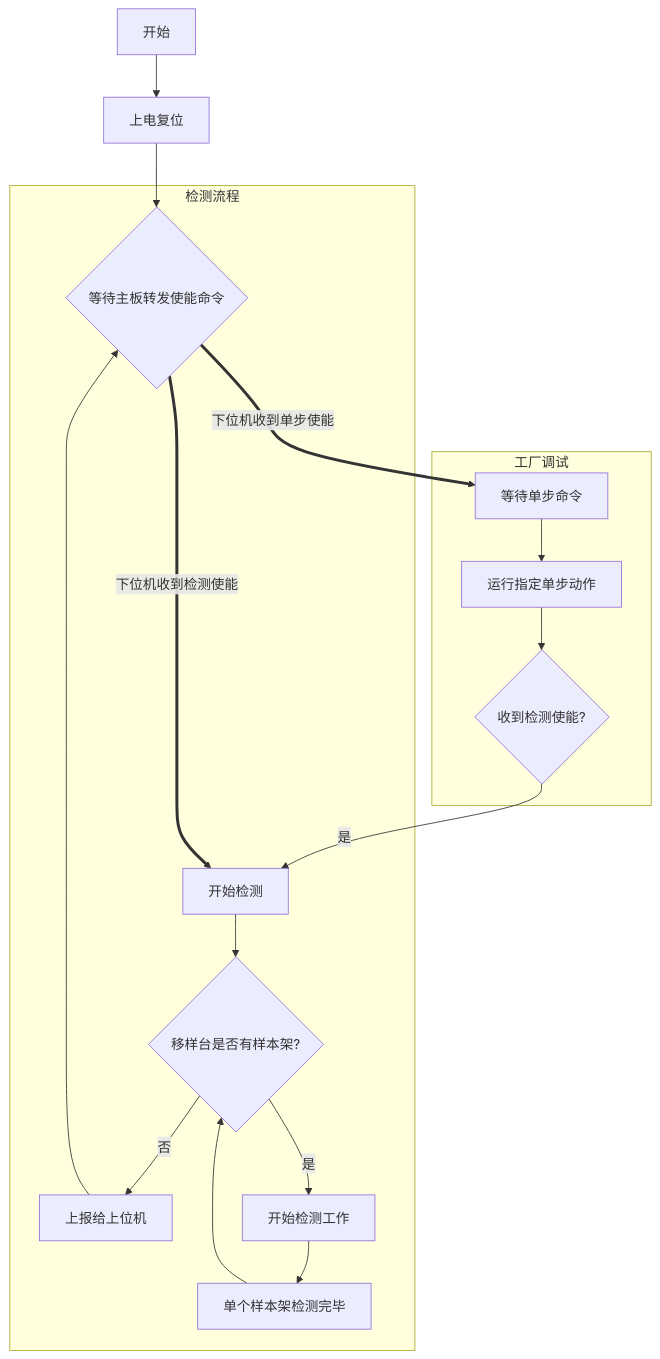
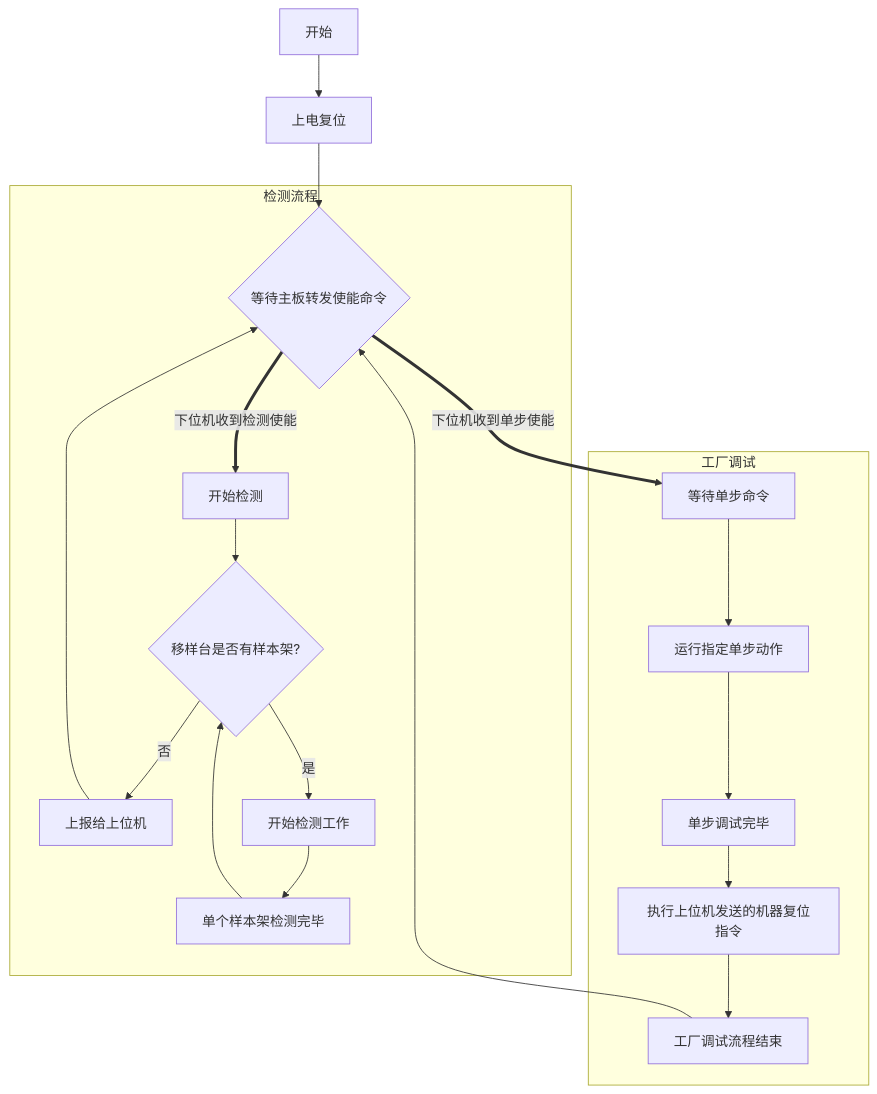
One commit to darwinstudio/test changed the first of 3 diagrams in 移送样模块.md. Above: the diagram before and after it, drawn with Mermaid.

```diff
--- a/移送样模块.md
+++ b/移送样模块.md
@@ -96,18 +96,17 @@
 ~~~mermaid
 graph TD
 开始-->上电复位-->waitcmd{等待主板转发使能命令};
 waitcmd==下位机收到单步使能==>waitsingle[等待单步命令];
 
 subgraph 工厂调试
-waitsingle-->运行指定单步动作-->waitcheck{收到检测使能?};
+waitsingle-->运行指定单步动作-->单步调试完毕-->执行上位机发送的机器复位指令-->工厂调试流程结束;
 end
-
-waitcheck--是-->startcheck;
+工厂调试流程结束-->waitcmd;
 waitcmd==下位机收到检测使能==>startcheck[开始检测];
 
 subgraph 检测流程
 startcheck-->isrude?{移样台是否有样本架?};
 isrude?--否-->上报给上位机-->waitcmd;
 isrude?--是-->开始检测工作-->单个样本架检测完毕-->isrude?;
 end
 ~~~
```
